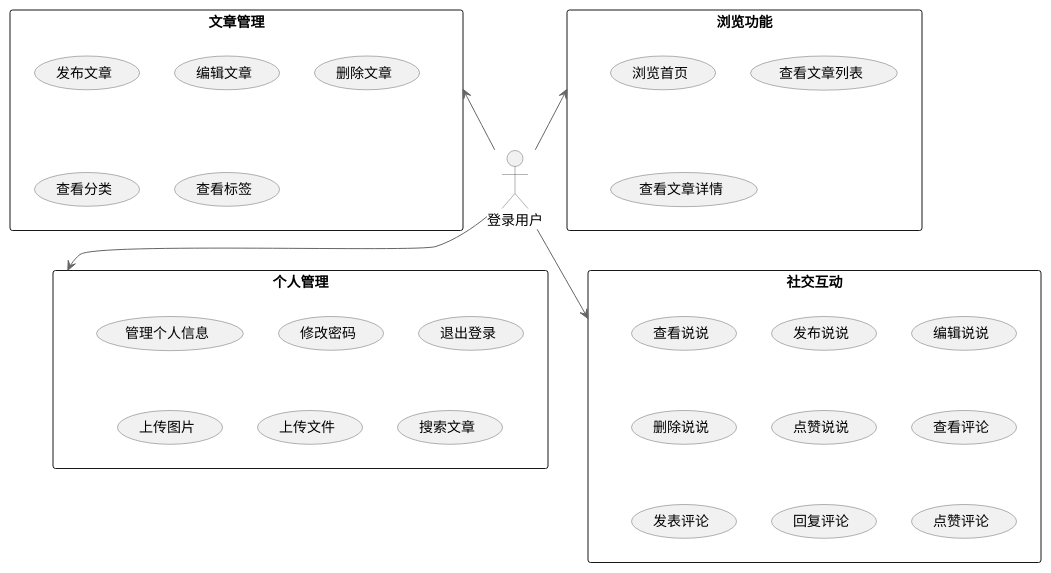
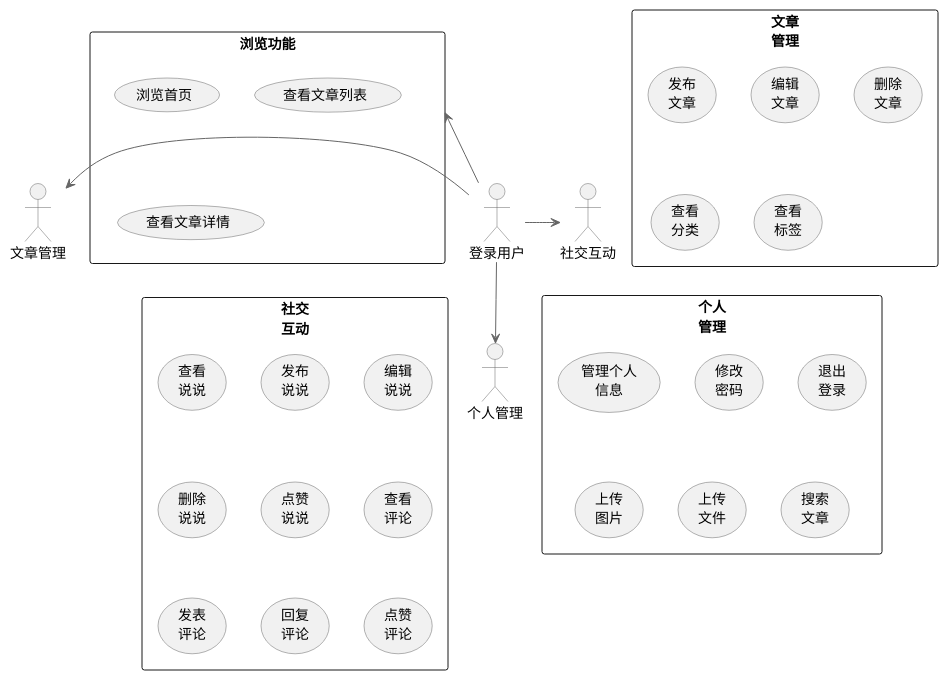
One commit to yello-rush/-springvue- changed the second of 3 diagrams in 系统分析.md. Above: the diagram before and after it, drawn with PlantUML. The commit also changed other lines of this file and 1 other file, not shown here.

````diff
--- a/系统分析.md
+++ b/系统分析.md
@@ -184,65 +184,65 @@
 ```plantuml
 @startuml
 
 ' 登录用户功能用例图
 
 skinparam backgroundColor white
 skinparam handwritten false
 skinparam shadowing false
 skinparam packageStyle rectangle
 skinparam arrowColor #666666
 skinparam usecaseBorderColor #666666
 skinparam actorBorderColor #666666
 
 ' 角色居中
 actor "登录用户" as LoggedUser
 
 ' 功能模块围绕四周 - 使用包组织相关功能
 
 ' 上方：浏览功能
 package "浏览功能" {
     usecase "浏览首页" as BrowseHome
     usecase "查看文章列表" as ViewArticleList
     usecase "查看文章详情" as ViewArticleDetail
 }
 
 ' 左侧：文章管理
-package "文章管理" {
-    usecase "发布文章" as PublishArticle
-    usecase "编辑文章" as EditArticle
-    usecase "删除文章" as DeleteArticle
-    usecase "查看分类" as ViewCategories
-    usecase "查看标签" as ViewTags
+package "文章\n管理" {
+    usecase "发布\n文章" as PublishArticle
+    usecase "编辑\n文章" as EditArticle
+    usecase "删除\n文章" as DeleteArticle
+    usecase "查看\n分类" as ViewCategories
+    usecase "查看\n标签" as ViewTags
 }
 
 ' 右侧：社交互动
-package "社交互动" {
-    usecase "查看说说" as ViewMoments
-    usecase "发布说说" as PublishMoment
-    usecase "编辑说说" as EditMoment
-    usecase "删除说说" as DeleteMoment
-    usecase "点赞说说" as LikeMoment
-    usecase "查看评论" as ViewComments
-    usecase "发表评论" as PostComment
-    usecase "回复评论" as ReplyComment
-    usecase "点赞评论" as LikeComment
+package "社交\n互动" {
+    usecase "查看\n说说" as ViewMoments
+    usecase "发布\n说说" as PublishMoment
+    usecase "编辑\n说说" as EditMoment
+    usecase "删除\n说说" as DeleteMoment
+    usecase "点赞\n说说" as LikeMoment
+    usecase "查看\n评论" as ViewComments
+    usecase "发表\n评论" as PostComment
+    usecase "回复\n评论" as ReplyComment
+    usecase "点赞\n评论" as LikeComment
 }
 
 ' 下方：个人管理
-package "个人管理" {
-    usecase "管理个人信息" as ManageProfile
-    usecase "修改密码" as ChangePassword
-    usecase "退出登录" as Logout
-    usecase "上传图片" as UploadImage
-    usecase "上传文件" as UploadFile
-    usecase "搜索文章" as SearchArticles
+package "个人\n管理" {
+    usecase "管理个人\n信息" as ManageProfile
+    usecase "修改\n密码" as ChangePassword
+    usecase "退出\n登录" as Logout
+    usecase "上传\n图片" as UploadImage
+    usecase "上传\n文件" as UploadFile
+    usecase "搜索\n文章" as SearchArticles
 }
 
 ' 连接角色与包，使用方向箭头控制位置
 LoggedUser -up-> "浏览功能"
 LoggedUser -left-> "文章管理"
 LoggedUser -right-> "社交互动"
 LoggedUser -down-> "个人管理"
 
 @enduml
 ```
````
